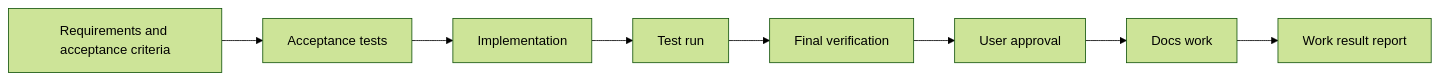
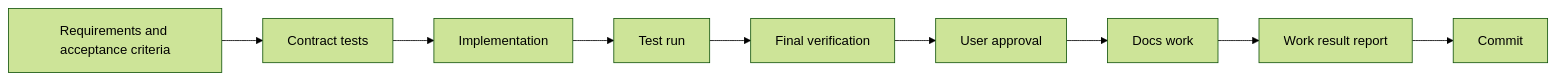
One commit to kim-svadoz/sugo changed the diagram in README.en.md. Above: the diagram before and after it, drawn with Mermaid (forest theme). The commit also changed other lines of this file and 1 other file, not shown here.

First line of the commit message:
docs: state that Sugo commits and the user pushes

````diff
--- a/README.en.md
+++ b/README.en.md
@@ -72,4 +72,4 @@
 ```mermaid
 flowchart LR
-    A[Requirements and acceptance criteria] --> B[Acceptance tests] --> C[Implementation] --> D[Test run] --> E[Final verification] --> F[User approval] --> G[Docs work] --> H[Work result report]
+    A[Requirements and acceptance criteria] --> B[Contract tests] --> C[Implementation] --> D[Test run] --> E[Final verification] --> F[User approval] --> G[Docs work] --> H[Work result report] --> I[Commit]
 ```
````
